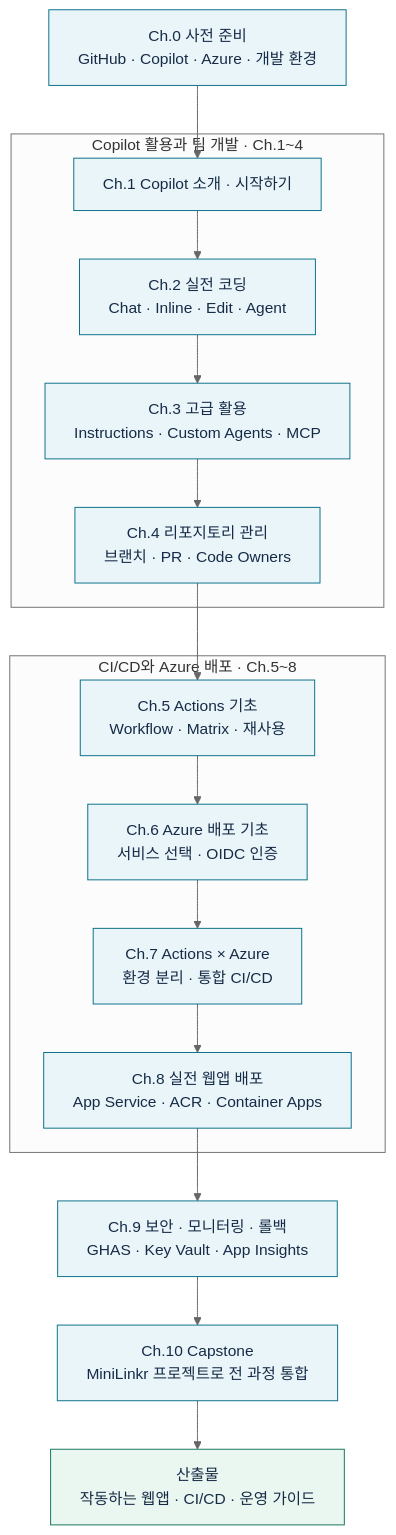
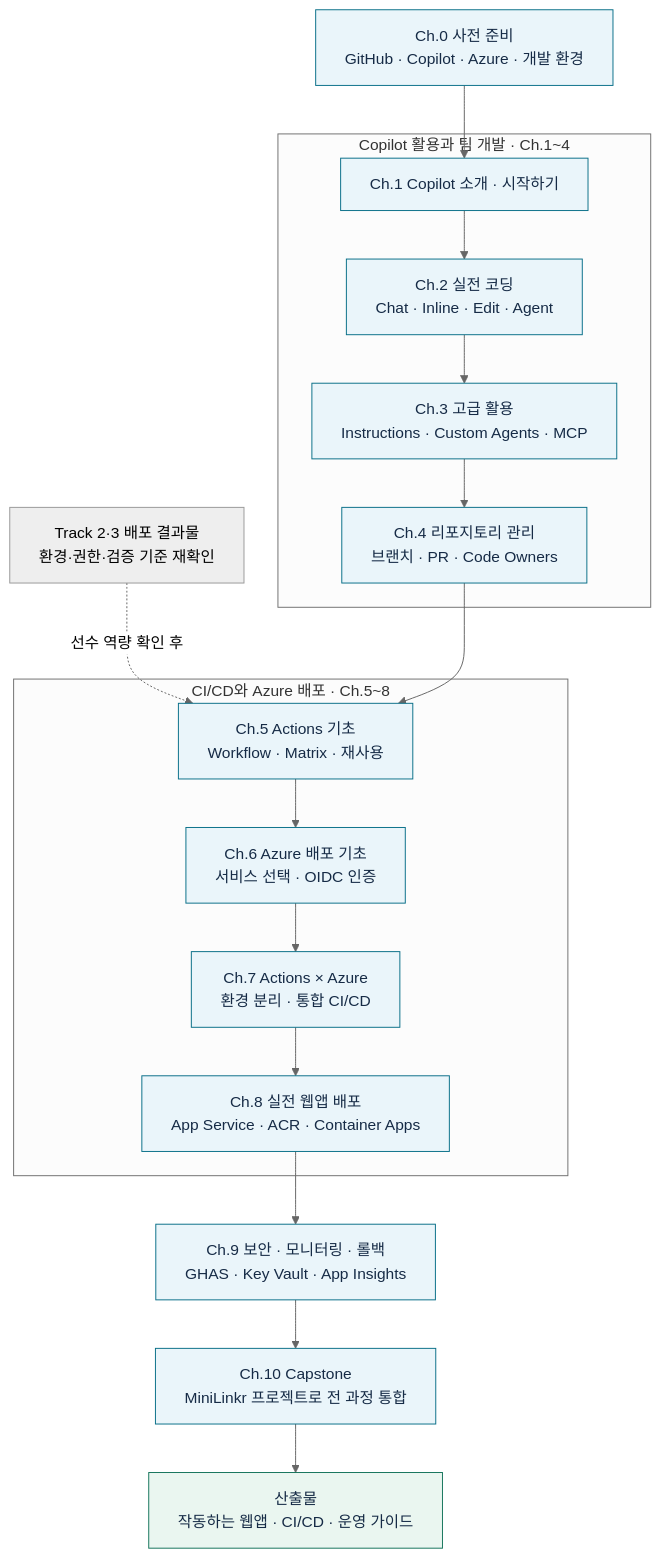
One commit to Ai-Advanced/Copilot-Advanced-Azure-DevOps changed the first of 2 diagrams in README.md. Above: the diagram before and after it, drawn with Mermaid. The commit also changed other lines of this file and 1 other file, not shown here.

````diff
--- a/README.md
+++ b/README.md
@@ -13,36 +17,38 @@
 ```mermaid
 ---
 config:
   theme: neutral
   flowchart:
     wrappingWidth: 320
 ---
 flowchart TD
     Prep["Ch.0 사전 준비<br/>GitHub · Copilot · Azure · 개발 환경"]
     subgraph Coding["Copilot 활용과 팀 개발 · Ch.1~4"]
         C1["Ch.1 Copilot 소개 · 시작하기"]
         C2["Ch.2 실전 코딩<br/>Chat · Inline · Edit · Agent"]
         C3["Ch.3 고급 활용<br/>Instructions · Custom Agents · MCP"]
         C4["Ch.4 리포지토리 관리<br/>브랜치 · PR · Code Owners"]
         C1 --> C2 --> C3 --> C4
     end
     subgraph Delivery["CI/CD와 Azure 배포 · Ch.5~8"]
         C5["Ch.5 Actions 기초<br/>Workflow · Matrix · 재사용"]
         C6["Ch.6 Azure 배포 기초<br/>서비스 선택 · OIDC 인증"]
         C7["Ch.7 Actions × Azure<br/>환경 분리 · 통합 CI/CD"]
         C8["Ch.8 실전 웹앱 배포<br/>App Service · ACR · Container Apps"]
         C5 --> C6 --> C7 --> C8
     end
     C9["Ch.9 보안 · 모니터링 · 롤백<br/>GHAS · Key Vault · App Insights"]
     C10["Ch.10 Capstone<br/>MiniLinkr 프로젝트로 전 과정 통합"]
     Done["산출물<br/>작동하는 웹앱 · CI/CD · 운영 가이드"]
+    Prior["Track 2·3 배포 결과물<br/>환경·권한·검증 기준 재확인"]
 
     Prep --> C1
+    Prior -.->|선수 역량 확인 후| C5
     C4 --> C5
     C8 --> C9 --> C10 --> Done
 
     classDef step fill:#eaf5fa,stroke:#096f88,color:#162b46
     classDef result fill:#eaf6f0,stroke:#15745b,color:#162b46
     class Prep,C1,C2,C3,C4,C5,C6,C7,C8,C9,C10 step
     class Done result
 ```
````
